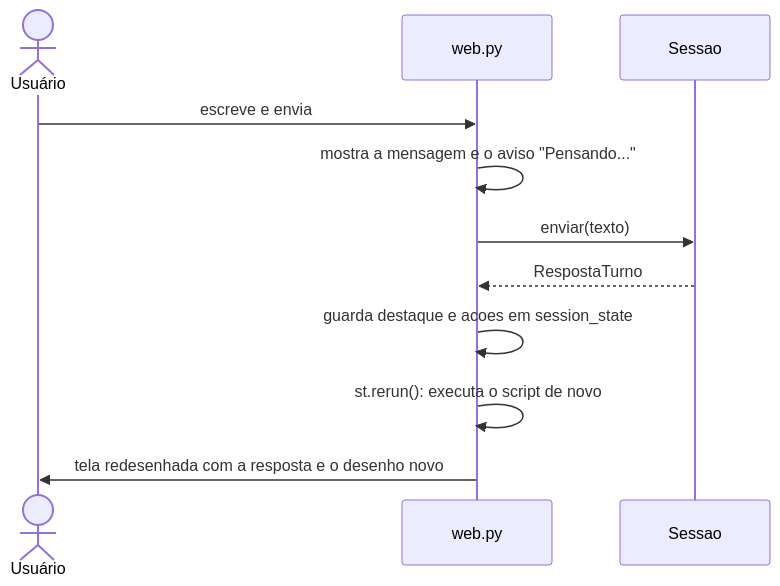
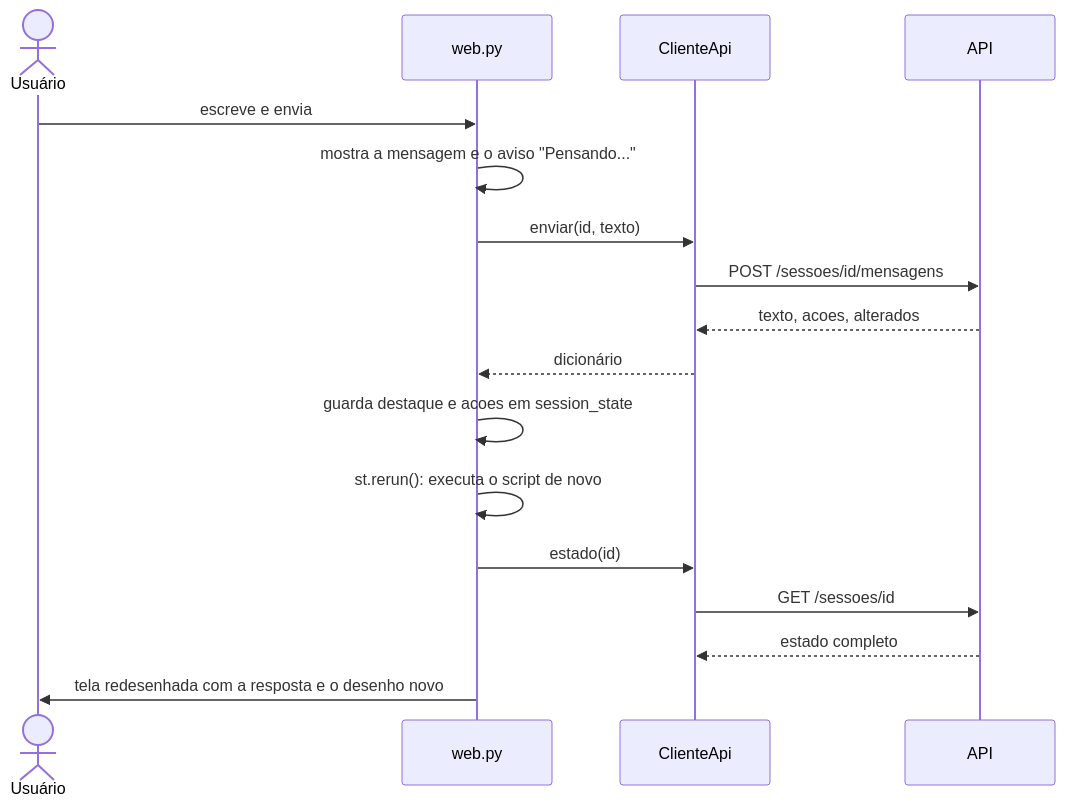
One commit to arthurparahyba/bpmn-agent changed the second of 2 diagrams in docs/pecas/web.md. Above: the diagram before and after it, drawn with Mermaid. The commit also changed other lines of this file and 13 other files, not shown here.

````diff
--- a/docs/pecas/web.md
+++ b/docs/pecas/web.md
@@ -64,13 +84,19 @@
 ```mermaid
 sequenceDiagram
     actor U as Usuário
-    participant A as web.py
-    participant S as Sessao
-    U->>A: escreve e envia
-    A->>A: mostra a mensagem e o aviso "Pensando..."
-    A->>S: enviar(texto)
-    S-->>A: RespostaTurno
-    A->>A: guarda destaque e acoes em session_state
-    A->>A: st.rerun(): executa o script de novo
-    A->>U: tela redesenhada com a resposta e o desenho novo
+    participant W as web.py
+    participant C as ClienteApi
+    participant A as API
+    U->>W: escreve e envia
+    W->>W: mostra a mensagem e o aviso "Pensando..."
+    W->>C: enviar(id, texto)
+    C->>A: POST /sessoes/id/mensagens
+    A-->>C: texto, acoes, alterados
+    C-->>W: dicionário
+    W->>W: guarda destaque e acoes em session_state
+    W->>W: st.rerun(): executa o script de novo
+    W->>C: estado(id)
+    C->>A: GET /sessoes/id
+    A-->>C: estado completo
+    W->>U: tela redesenhada com a resposta e o desenho novo
 ```
````
